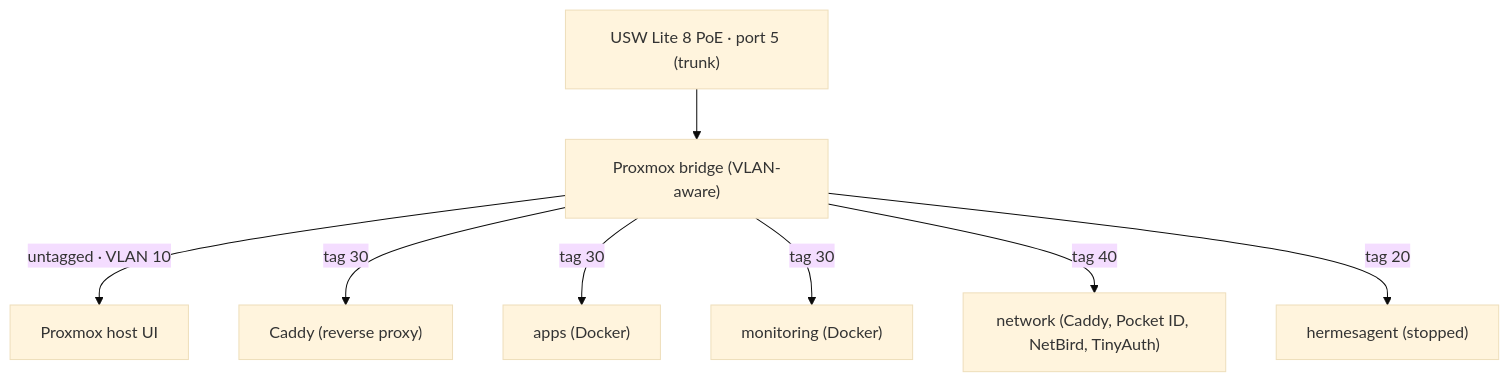
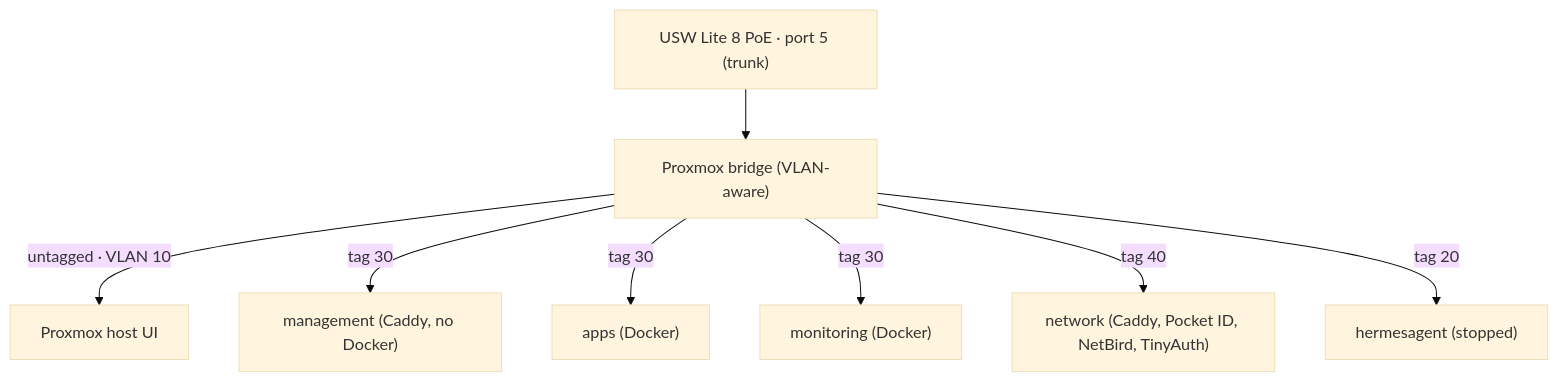
One commit to shaaz-f/home-server changed the diagram in docs/homelab.md. Above: the diagram before and after it, drawn with Mermaid (base theme). The commit also changed other lines of this file and 5 other files, not shown here.

Commit message:
Document management LXC with Caddy for admin tools

````diff
--- a/docs/homelab.md
+++ b/docs/homelab.md
@@ -13,10 +13,10 @@
 ```mermaid
 flowchart TD
     SW["USW Lite 8 PoE · port 5 (trunk)"] --> BR["Proxmox bridge (VLAN-aware)"]
     BR -- "untagged · VLAN 10" --> HOST["Proxmox host UI"]
-    BR -- "tag 30" --> CADDY["Caddy (reverse proxy)"]
+    BR -- "tag 30" --> CADDY["management (Caddy, no Docker)"]
     BR -- "tag 30" --> APPS["apps (Docker)"]
     BR -- "tag 30" --> MON["monitoring (Docker)"]
     BR -- "tag 40" --> NET["network (Caddy, Pocket ID, NetBird, TinyAuth)"]
     BR -- "tag 20" --> HERMES["hermesagent (stopped)"]
 ```
````
